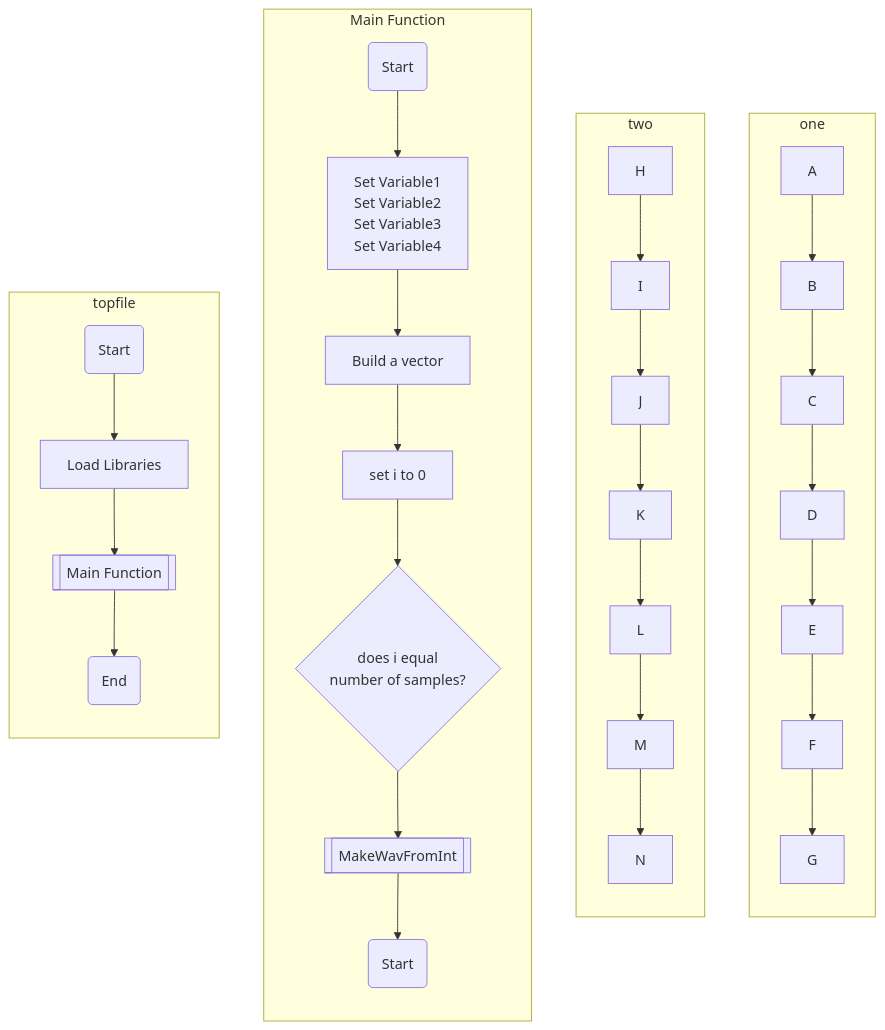
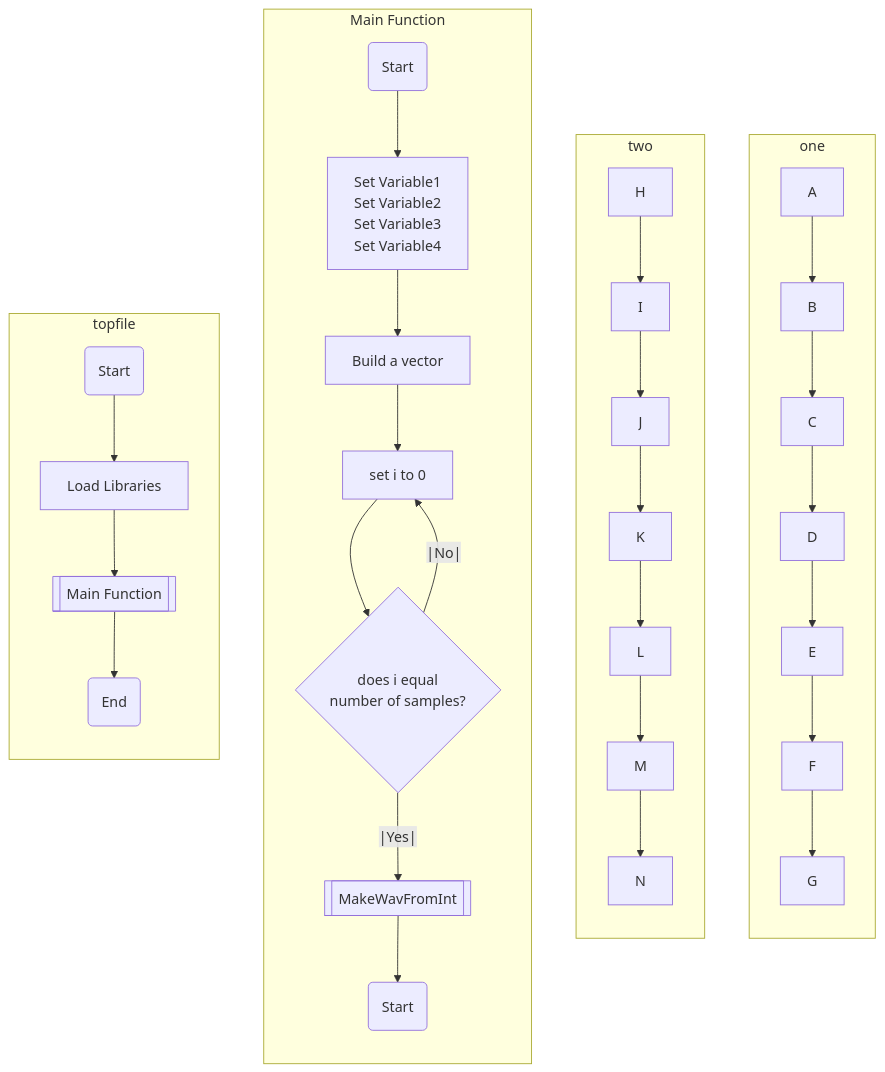
Before and after one commit to brolonium210/ENGR101_MD: the diagram in project01FlowchartCore.md, drawn with Mermaid.

````diff
--- a/project01FlowchartCore.md
+++ b/project01FlowchartCore.md
@@ -1,43 +1,44 @@
 ```mermaid
 
 flowchart TB
 subgraph one
 direction TB
 A-->B
 B-->C
 C-->D
 D-->E
 E-->F
 F-->G
 end
 subgraph two
 direction TB 
 H-->I
 I-->J
 J-->K
 K-->L
 L-->M
 M-->N
 end
 subgraph Main Function
 direction TB 
 O(Start)-->P
 P["Set Variable1
 Set Variable2
 Set Variable3
 Set Variable4"
 ]-->Q
 Q[Build a vector]-->RR
 RR[set i to 0]-->R
 R{"does i equal
 number of samples?"
-}-->S
+}--|Yes|-->S
+R--|No|-->RR
 S[[MakeWavFromInt]]-->T(Start)
 end
 subgraph topfile
 direction TB 
 V(Start)-->W[Load Libraries]
 W-->X[[Main Function]]
 X-->Y(End)
 end
 ```
````
